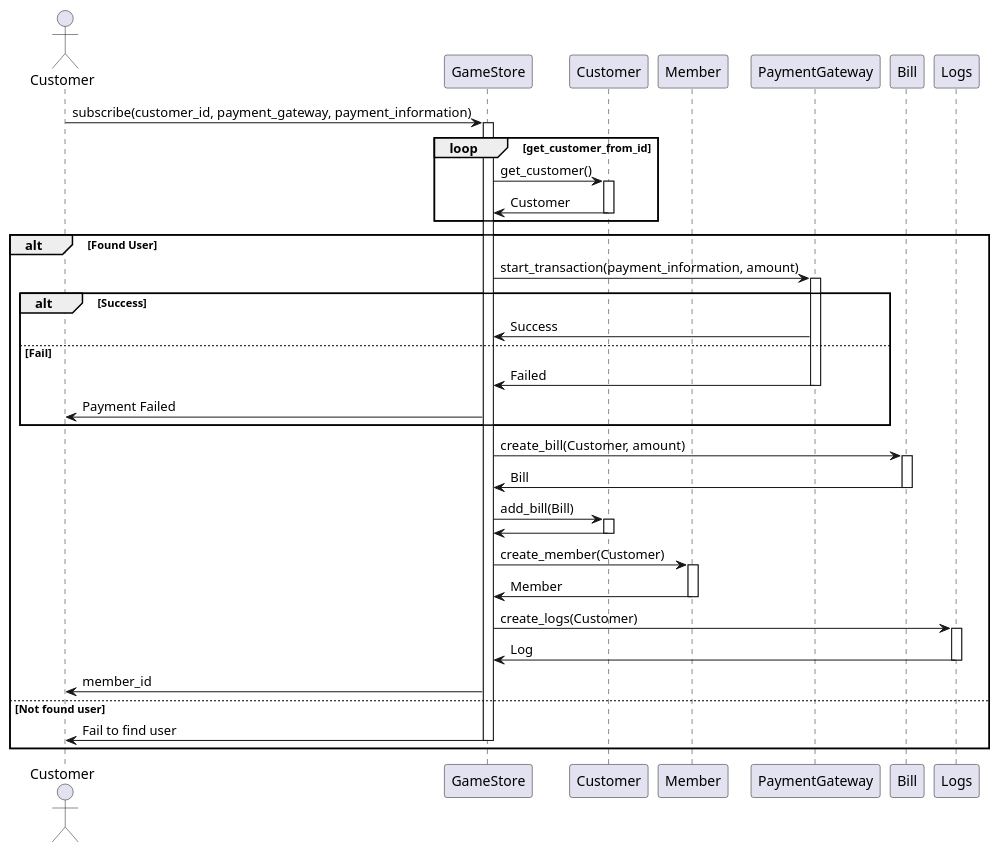
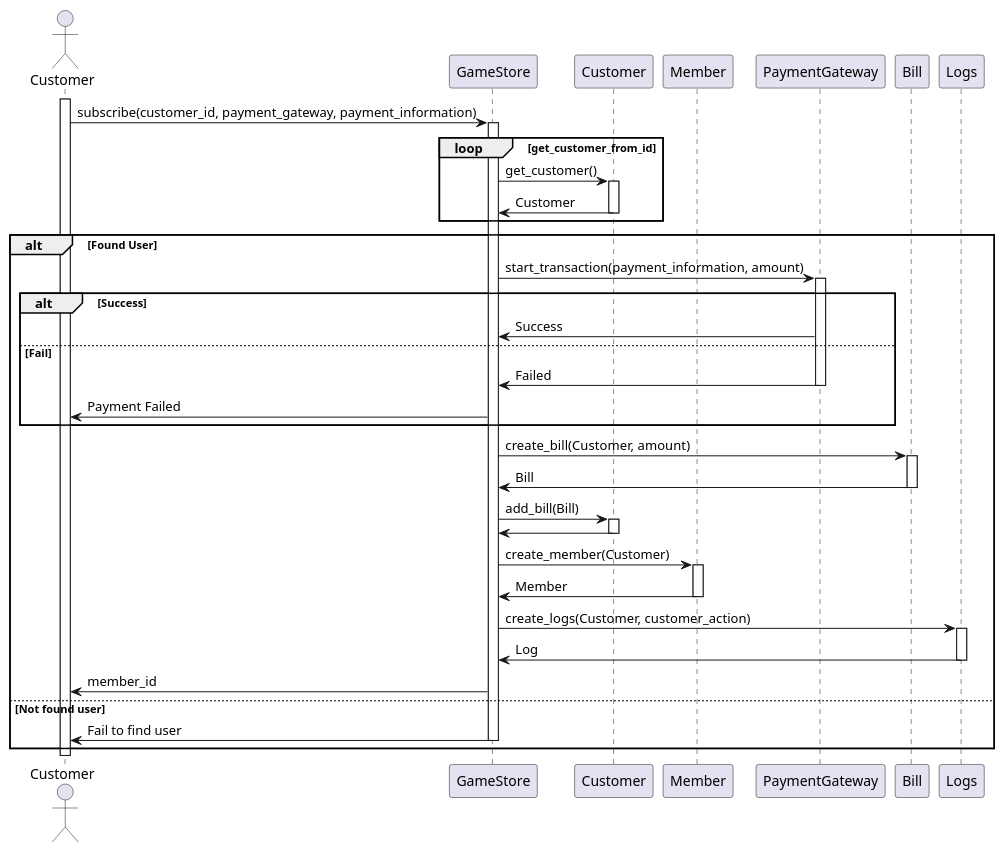
One commit to WaroonRagwongsiri/OOP_Project changed the diagram in SequenceDiagram/sequence_diagram_subscribe.puml. Above: the diagram before and after it, drawn with PlantUML. The commit also changed 2 other files, not shown here.

Commit message:
Revised Subscribe seq and Create create_game seq diagram

```diff
--- a/SequenceDiagram/sequence_diagram_subscribe.puml
+++ b/SequenceDiagram/sequence_diagram_subscribe.puml
@@ -1,75 +1,78 @@
 @startuml UsecaseSequenceDiagram
 
 actor Customer as A_Customer
 participant GameStore
 participant Customer as P_Customer
 participant Member
 participant PaymentGateway
 participant Bill
 participant Logs
+
+activate A_Customer
 
 A_Customer -> GameStore : subscribe(customer_id, payment_gateway, payment_information)
 activate GameStore
 
 loop get_customer_from_id
 
 	GameStore -> P_Customer : get_customer()
 	activate P_Customer
 
 	P_Customer -> GameStore : Customer
 	deactivate P_Customer
 
 end
 
 alt Found User
 
 	GameStore -> PaymentGateway : start_transaction(payment_information, amount)
 	activate PaymentGateway
 
 	alt Success
 
 		PaymentGateway -> GameStore : Success
 
 	else Fail
 
 		PaymentGateway -> GameStore : Failed
 		deactivate PaymentGateway
 
 		GameStore -> A_Customer : Payment Failed
 
 	end
 
 	GameStore -> Bill : create_bill(Customer, amount)
 	activate Bill
 
 	Bill -> GameStore : Bill
 	deactivate Bill
 
 	GameStore -> P_Customer : add_bill(Bill)
 	activate P_Customer
 
 	P_Customer -> GameStore
 	deactivate P_Customer
 
 	GameStore -> Member : create_member(Customer)
 	activate Member
 
 	Member -> GameStore : Member
 	deactivate Member
 
-	GameStore -> Logs : create_logs(Customer)
+	GameStore -> Logs : create_logs(Customer, customer_action)
 	activate Logs
 
 	Logs -> GameStore : Log
 	deactivate Logs
 
 	GameStore -> A_Customer : member_id
 
 else Not found user
 
 	GameStore -> A_Customer : Fail to find user
 	deactivate GameStore
-
 end
 
+deactivate A_Customer
+
 @enduml
```
